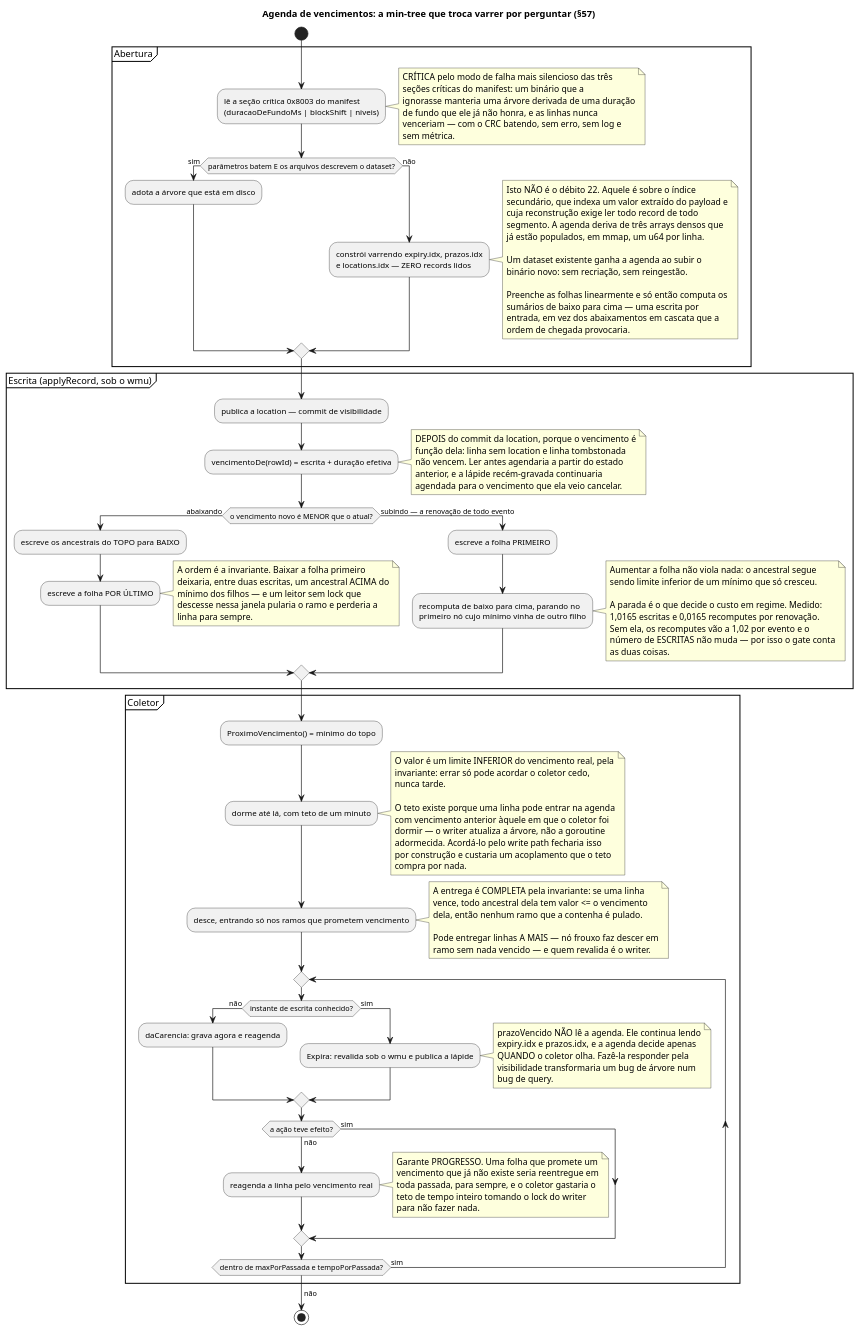
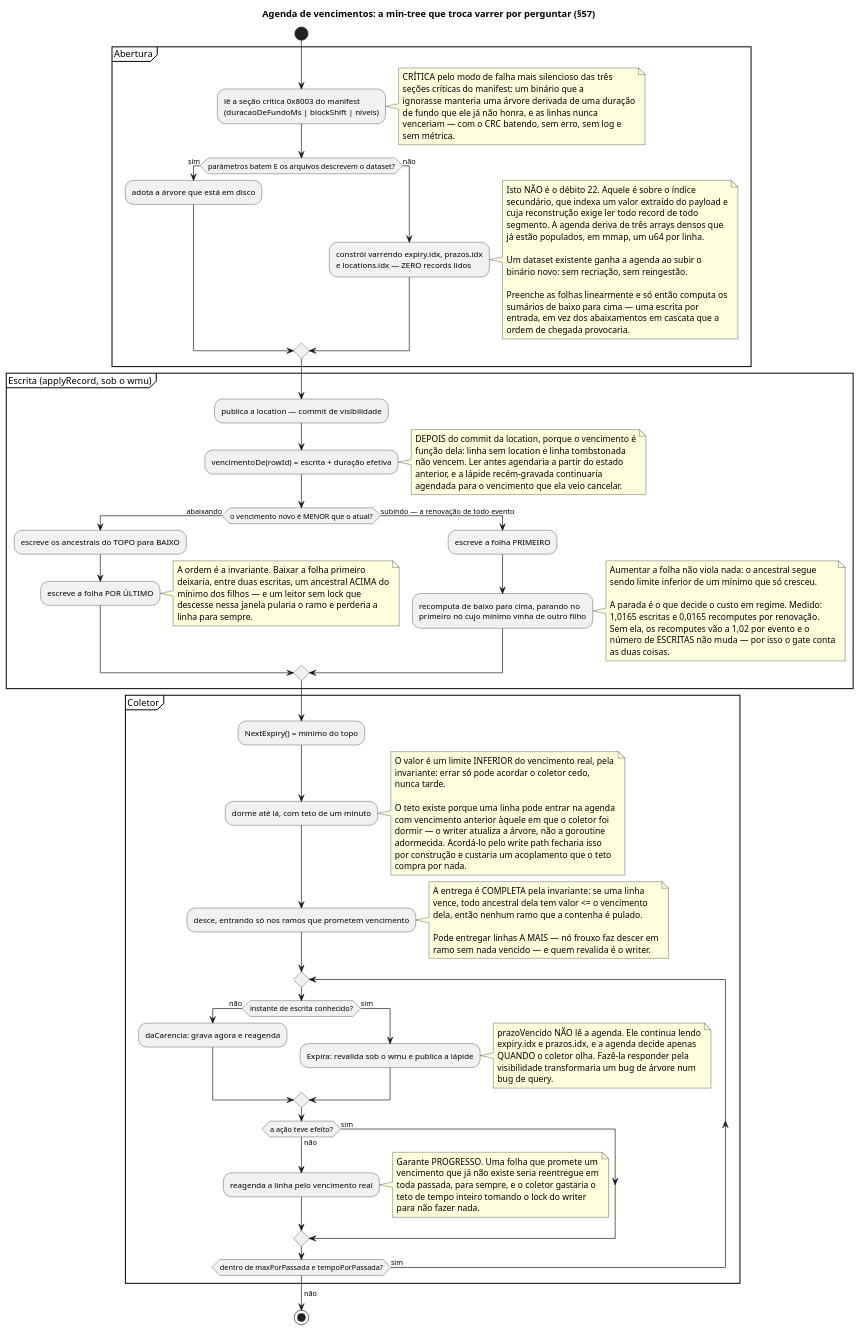
One commit to nishisan-dev/nishidb changed the diagram in docs/diagrams/expiracao_agenda.puml. Above: the diagram before and after it, drawn with PlantUML. The commit also changed 26 other files, not shown here.

```diff
--- a/docs/diagrams/expiracao_agenda.puml
+++ b/docs/diagrams/expiracao_agenda.puml
@@ -1,135 +1,135 @@
 @startuml expiracao_agenda
 title Agenda de vencimentos: a min-tree que troca varrer por perguntar (§57)
 
 start
 
 partition "Abertura" {
   :lê a seção crítica 0x8003 do manifest
   (duracaoDeFundoMs | blockShift | niveis);
   note right
     CRÍTICA pelo modo de falha mais silencioso das três
     seções críticas do manifest: um binário que a
     ignorasse manteria uma árvore derivada de uma duração
     de fundo que ele já não honra, e as linhas nunca
     venceriam — com o CRC batendo, sem erro, sem log e
     sem métrica.
   end note
 
   if (parâmetros batem E os arquivos descrevem o dataset?) then (sim)
     :adota a árvore que está em disco;
   else (não)
     :constrói varrendo expiry.idx, prazos.idx
     e locations.idx — ZERO records lidos;
     note right
       Isto NÃO é o débito 22. Aquele é sobre o índice
       secundário, que indexa um valor extraído do payload e
       cuja reconstrução exige ler todo record de todo
       segmento. A agenda deriva de três arrays densos que
       já estão populados, em mmap, um u64 por linha.
 
       Um dataset existente ganha a agenda ao subir o
       binário novo: sem recriação, sem reingestão.
 
       Preenche as folhas linearmente e só então computa os
       sumários de baixo para cima — uma escrita por
       entrada, em vez dos abaixamentos em cascata que a
       ordem de chegada provocaria.
     end note
   endif
 }
 
 partition "Escrita (applyRecord, sob o wmu)" {
   :publica a location — commit de visibilidade;
   :vencimentoDe(rowId) = escrita + duração efetiva;
   note right
     DEPOIS do commit da location, porque o vencimento é
     função dela: linha sem location e linha tombstonada
     não vencem. Ler antes agendaria a partir do estado
     anterior, e a lápide recém-gravada continuaria
     agendada para o vencimento que ela veio cancelar.
   end note
 
   if (o vencimento novo é MENOR que o atual?) then (abaixando)
     :escreve os ancestrais do TOPO para BAIXO;
     :escreve a folha POR ÚLTIMO;
     note right
       A ordem é a invariante. Baixar a folha primeiro
       deixaria, entre duas escritas, um ancestral ACIMA do
       mínimo dos filhos — e um leitor sem lock que
       descesse nessa janela pularia o ramo e perderia a
       linha para sempre.
     end note
   else (subindo — a renovação de todo evento)
     :escreve a folha PRIMEIRO;
     :recomputa de baixo para cima, parando no
     primeiro nó cujo mínimo vinha de outro filho;
     note right
       Aumentar a folha não viola nada: o ancestral segue
       sendo limite inferior de um mínimo que só cresceu.
 
       A parada é o que decide o custo em regime. Medido:
       1,0165 escritas e 0,0165 recomputes por renovação.
       Sem ela, os recomputes vão a 1,02 por evento e o
       número de ESCRITAS não muda — por isso o gate conta
       as duas coisas.
     end note
   endif
 }
 
 partition "Coletor" {
-  :ProximoVencimento() = mínimo do topo;
+  :NextExpiry() = mínimo do topo;
   :dorme até lá, com teto de um minuto;
   note right
     O valor é um limite INFERIOR do vencimento real, pela
     invariante: errar só pode acordar o coletor cedo,
     nunca tarde.
 
     O teto existe porque uma linha pode entrar na agenda
     com vencimento anterior àquele em que o coletor foi
     dormir — o writer atualiza a árvore, não a goroutine
     adormecida. Acordá-lo pelo write path fecharia isso
     por construção e custaria um acoplamento que o teto
     compra por nada.
   end note
 
   :desce, entrando só nos ramos que prometem vencimento;
   note right
     A entrega é COMPLETA pela invariante: se uma linha
     vence, todo ancestral dela tem valor <= o vencimento
     dela, então nenhum ramo que a contenha é pulado.
 
     Pode entregar linhas A MAIS — nó frouxo faz descer em
     ramo sem nada vencido — e quem revalida é o writer.
   end note
 
   repeat
     if (instante de escrita conhecido?) then (não)
       :daCarencia: grava agora e reagenda;
     else (sim)
       :Expira: revalida sob o wmu e publica a lápide;
       note right
         prazoVencido NÃO lê a agenda. Ele continua lendo
         expiry.idx e prazos.idx, e a agenda decide apenas
         QUANDO o coletor olha. Fazê-la responder pela
         visibilidade transformaria um bug de árvore num
         bug de query.
       end note
     endif
     if (a ação teve efeito?) then (não)
       :reagenda a linha pelo vencimento real;
       note right
         Garante PROGRESSO. Uma folha que promete um
         vencimento que já não existe seria reentregue em
         toda passada, para sempre, e o coletor gastaria o
         teto de tempo inteiro tomando o lock do writer
         para não fazer nada.
       end note
     else (sim)
     endif
   repeat while (dentro de maxPorPassada e tempoPorPassada?) is (sim)
   -> não;
 }
 
 stop
 
 @enduml
```
